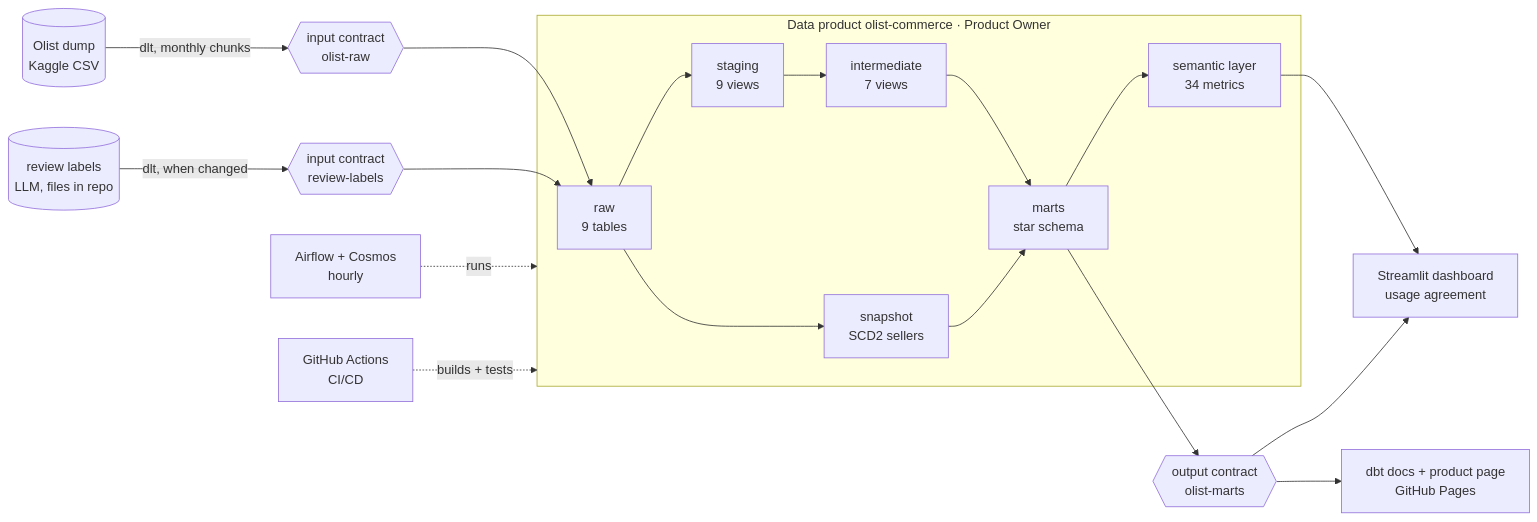
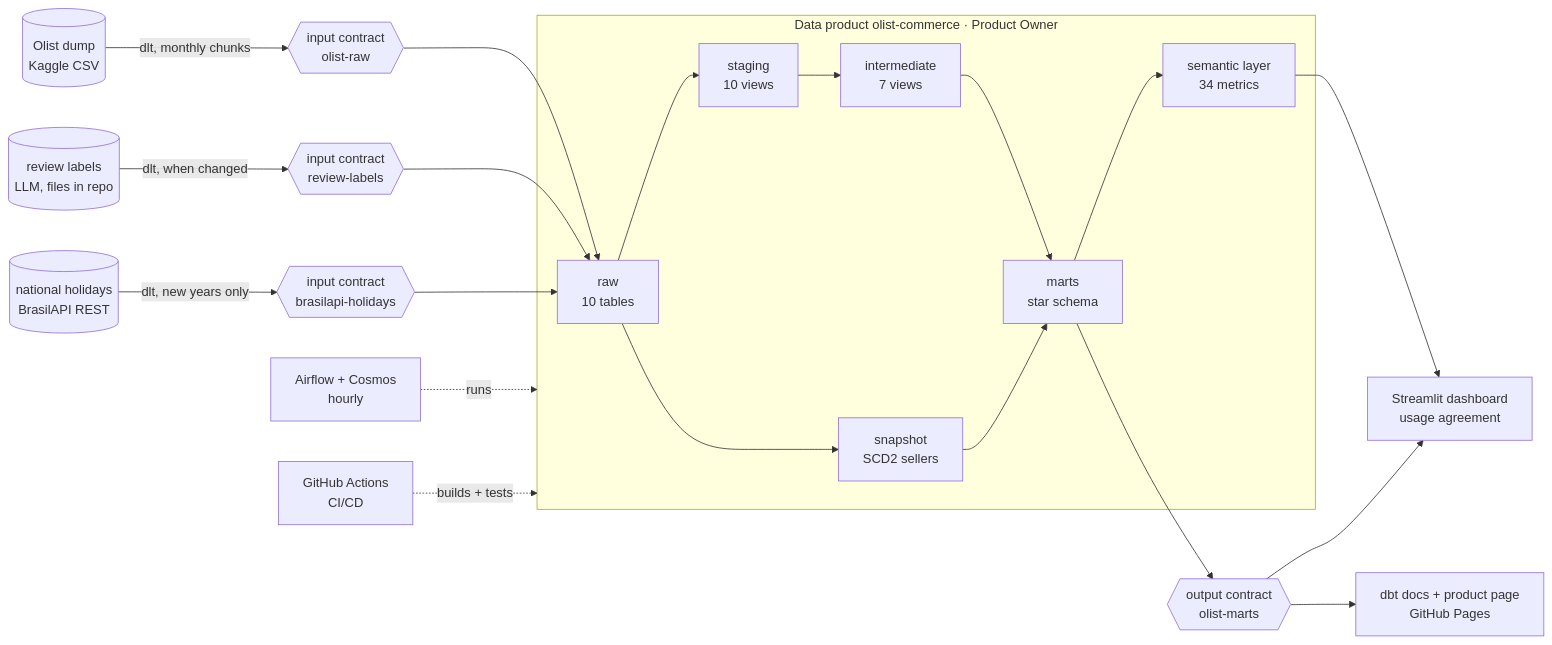
One commit to ShuCiG/olist-analytics-dbt changed the first of 6 diagrams in README.md. Above: the diagram before and after it, drawn with Mermaid. The commit also changed 22 other files, not shown here.

First line of the commit message:
feat(ingestion): national holidays from BrasilAPI, dim_date.is_holiday

````diff
--- a/README.md
+++ b/README.md
@@ -94,21 +94,23 @@
 ```mermaid
 flowchart LR
     kaggle[(Olist dump<br/>Kaggle CSV)] -->|dlt, monthly chunks| ic{{input contract<br/>olist-raw}}
     ic --> raw
     labels[(review labels<br/>LLM, files in repo)] -->|dlt, when changed| lc{{input contract<br/>review-labels}}
     lc --> raw
+    holidays[(national holidays<br/>BrasilAPI REST)] -->|dlt, new years only| hc{{input contract<br/>brasilapi-holidays}}
+    hc --> raw
 
     subgraph product[Data product olist-commerce · Product Owner]
-        raw[raw<br/>9 tables] --> staging[staging<br/>9 views] --> intermediate[intermediate<br/>7 views] --> marts[marts<br/>star schema]
+        raw[raw<br/>10 tables] --> staging[staging<br/>10 views] --> intermediate[intermediate<br/>7 views] --> marts[marts<br/>star schema]
         marts --> metrics[semantic layer<br/>34 metrics]
         raw --> snap[snapshot<br/>SCD2 sellers] --> marts
     end
 
     marts --> oc{{output contract<br/>olist-marts}}
     oc --> dash[Streamlit dashboard<br/>usage agreement]
     metrics --> dash
     oc --> docs[dbt docs + product page<br/>GitHub Pages]
 
     airflow[Airflow + Cosmos<br/>hourly] -. runs .-> product
     ci[GitHub Actions<br/>CI/CD] -. builds + tests .-> product
 ```
````
